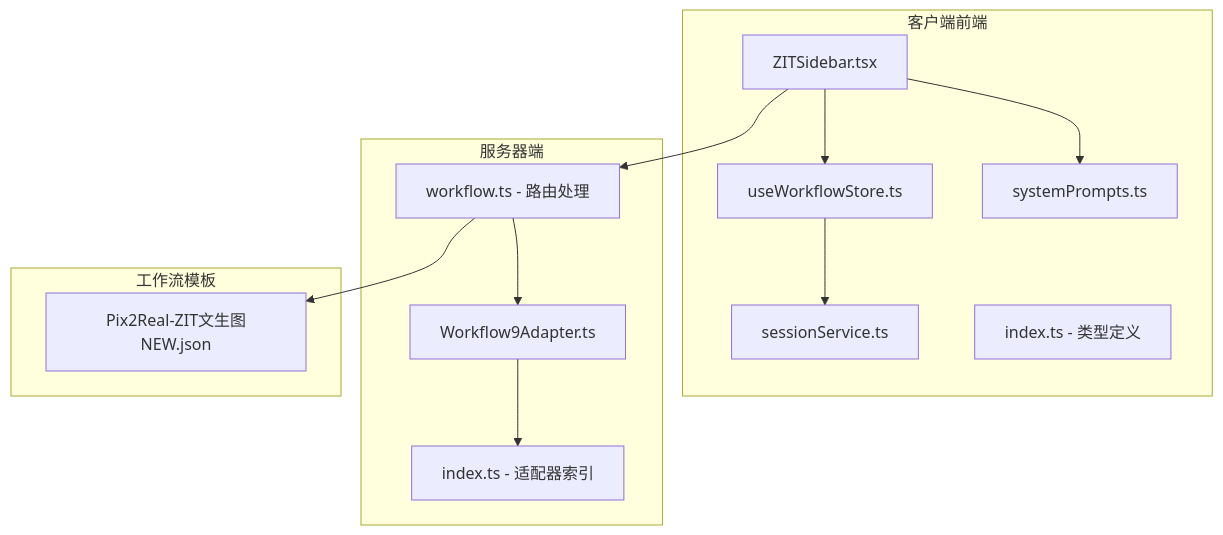
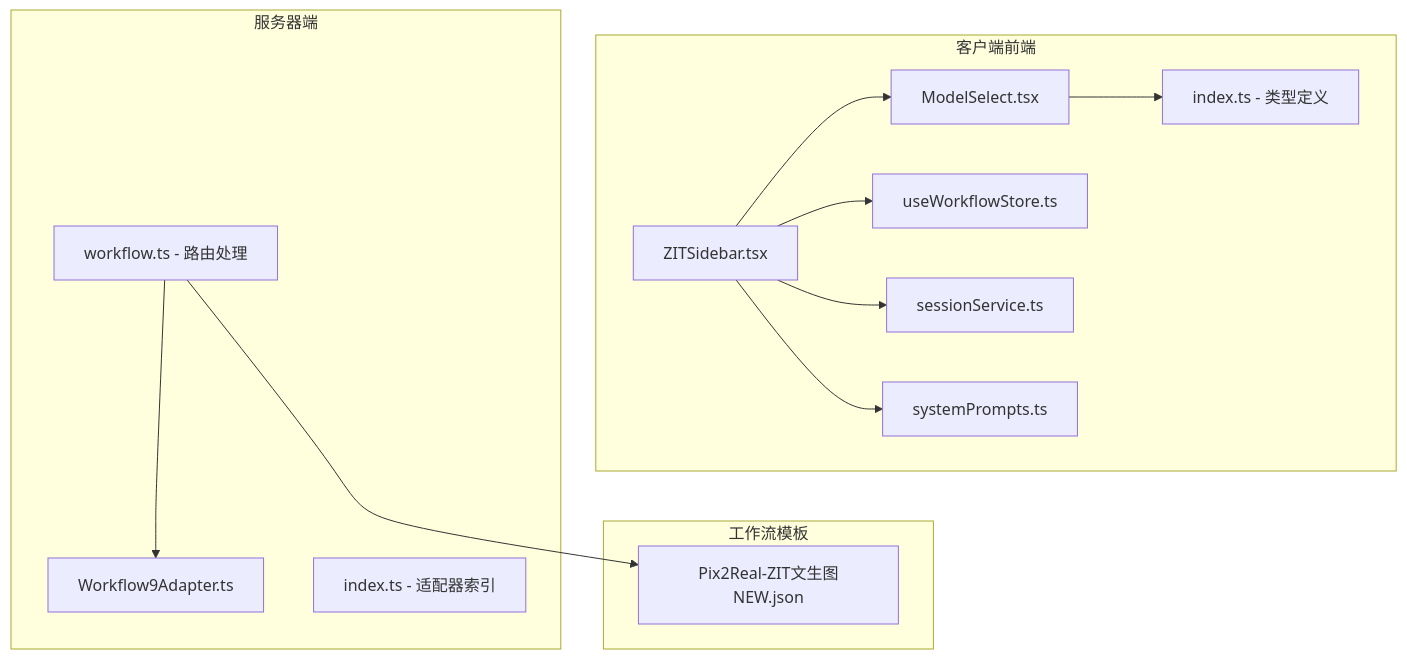
One commit to billye220670/CorineKit_Pix2Real changed the first of 8 diagrams in .qoder/repowiki/zh/content/用户界面组件/控制面板组件/ZIT快出侧边栏.md. Above: the diagram before and after it, drawn with Mermaid. The commit also changed other lines of this file and 54 other files, not shown here.

First line of the commit message:
feat: 模型下拉菜单元数据管理（缩略图+重命名）及session mask恢复优化

````diff
--- a/.qoder/repowiki/zh/content/用户界面组件/控制面板组件/ZIT快出侧边栏.md
+++ b/.qoder/repowiki/zh/content/用户界面组件/控制面板组件/ZIT快出侧边栏.md
@@ -43,25 +53,26 @@
 ```mermaid
 graph TB
 subgraph "客户端前端"
 A[ZITSidebar.tsx]
-B[useWorkflowStore.ts]
-C[sessionService.ts]
-D[systemPrompts.ts]
-E[index.ts - 类型定义]
+B[ModelSelect.tsx]
+C[useWorkflowStore.ts]
+D[sessionService.ts]
+E[systemPrompts.ts]
+F[index.ts - 类型定义]
 end
 subgraph "服务器端"
-F[workflow.ts - 路由处理]
-G[Workflow9Adapter.ts]
-H[index.ts - 适配器索引]
+G[workflow.ts - 路由处理]
+H[Workflow9Adapter.ts]
+I[index.ts - 适配器索引]
 end
 subgraph "工作流模板"
-I[Pix2Real-ZIT文生图NEW.json]
+J[Pix2Real-ZIT文生图NEW.json]
 end
 A --> B
+A --> C
 A --> D
-B --> C
-A --> F
-F --> G
+A --> E
+B --> F
 G --> H
-F --> I
+G --> J
 ```
````
